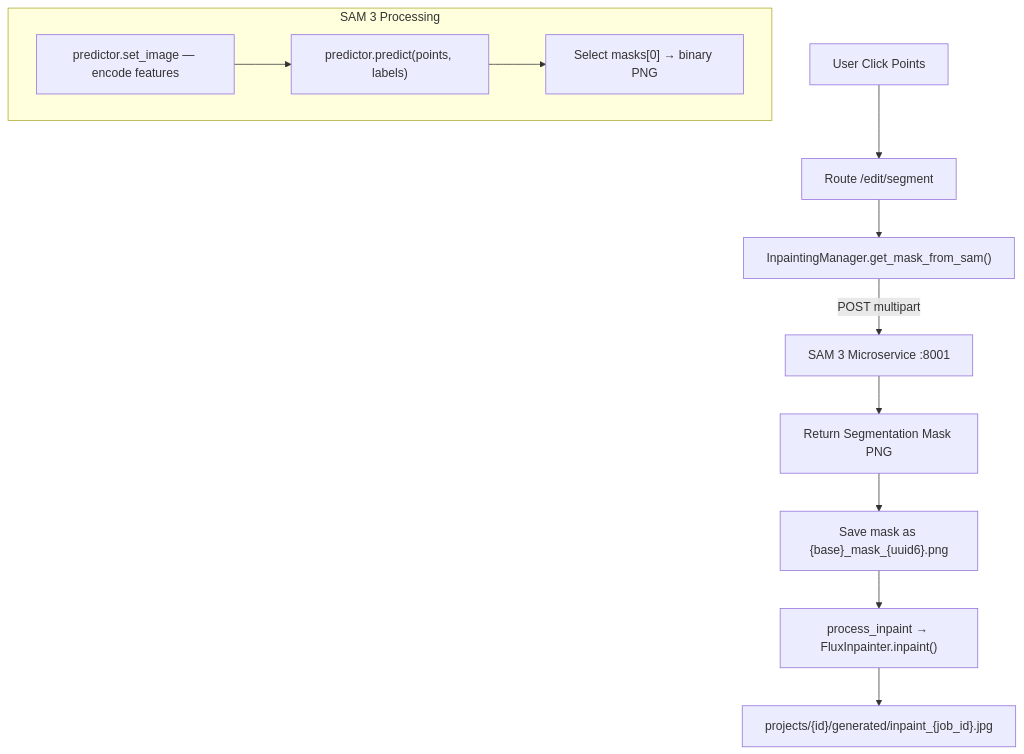
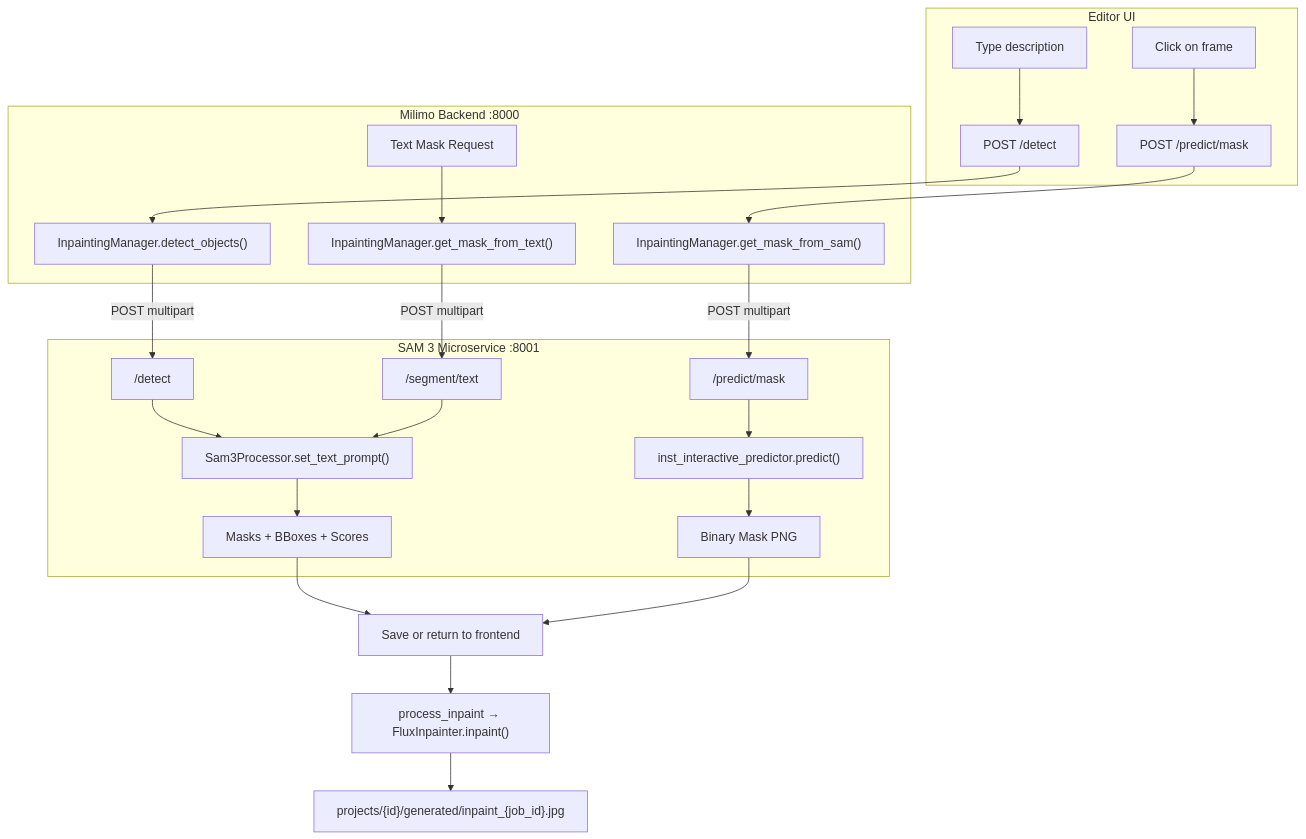
Before and after one commit to mainza-ai/milimovideo: the fifth of 5 diagrams in docs/03_ai_pipelines.md, drawn with Mermaid. The commit also changed other lines of this file and 31 other files, not shown here.

````diff
--- a/docs/03_ai_pipelines.md
+++ b/docs/03_ai_pipelines.md
@@ -309,17 +311,30 @@
 ```mermaid
 flowchart TD
-    UI[User Click Points] --> PROXY["Route /edit/segment"]
-    PROXY --> INP_MGR["InpaintingManager.get_mask_from_sam()"]
-    INP_MGR -->|"POST multipart"| SAM["SAM 3 Microservice :8001"]
-    
-    subgraph SAM_LOGIC["SAM 3 Processing"]
-        SET[predictor.set_image — encode features]
-        SET --> PREDICT["predictor.predict(points, labels)"]
-        PREDICT --> BEST["Select masks[0] → binary PNG"]
+    subgraph Frontend["Editor UI"]
+        CLICK[Click on frame] --> PPOINT["POST /predict/mask"]
+        TEXT["Type description"] --> PDETECT["POST /detect"]
     end
-    
-    SAM --> MASK[Return Segmentation Mask PNG]
-    MASK --> SAVE_M["Save mask as {base}_mask_{uuid6}.png"]
+
+    subgraph Backend["Milimo Backend :8000"]
+        PPOINT --> INP_MGR["InpaintingManager.get_mask_from_sam()"]
+        PDETECT --> INP_MGR2["InpaintingManager.detect_objects()"]
+        TEXT_MASK["Text Mask Request"] --> INP_MGR3["InpaintingManager.get_mask_from_text()"]
+    end
+
+    subgraph SAM["SAM 3 Microservice :8001"]
+        INP_MGR -->|"POST multipart"| POINT_EP["/predict/mask"]
+        INP_MGR2 -->|"POST multipart"| DETECT_EP["/detect"]
+        INP_MGR3 -->|"POST multipart"| SEGTEXT_EP["/segment/text"]
+
+        POINT_EP --> IIP["inst_interactive_predictor.predict()"]
+        DETECT_EP --> SP["Sam3Processor.set_text_prompt()"]
+        SEGTEXT_EP --> SP
+        SP --> MASKS["Masks + BBoxes + Scores"]
+        IIP --> MASK["Binary Mask PNG"]
+    end
+
+    MASKS --> SAVE_M["Save or return to frontend"]
+    MASK --> SAVE_M
     SAVE_M --> INPAINT["process_inpaint → FluxInpainter.inpaint()"]
     INPAINT --> OUTPUT["projects/{id}/generated/inpaint_{job_id}.jpg"]
 ```
````
